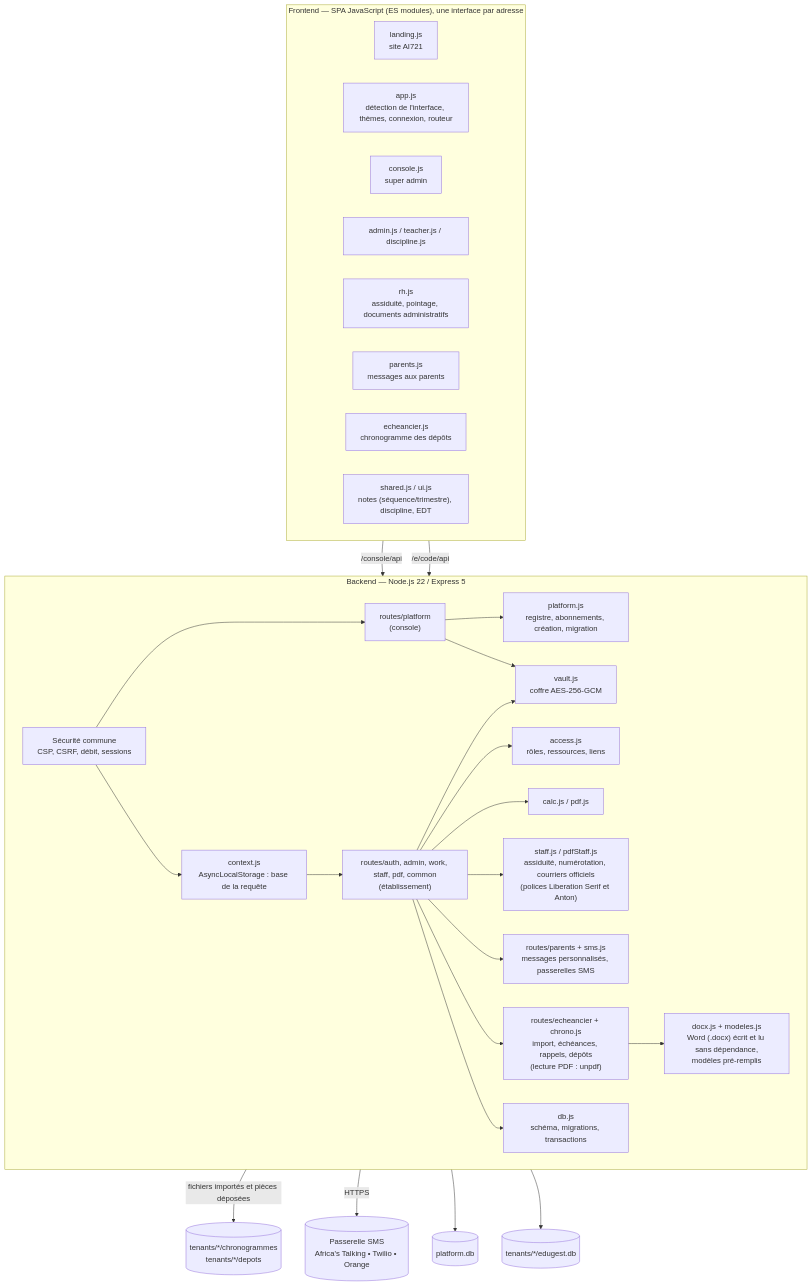
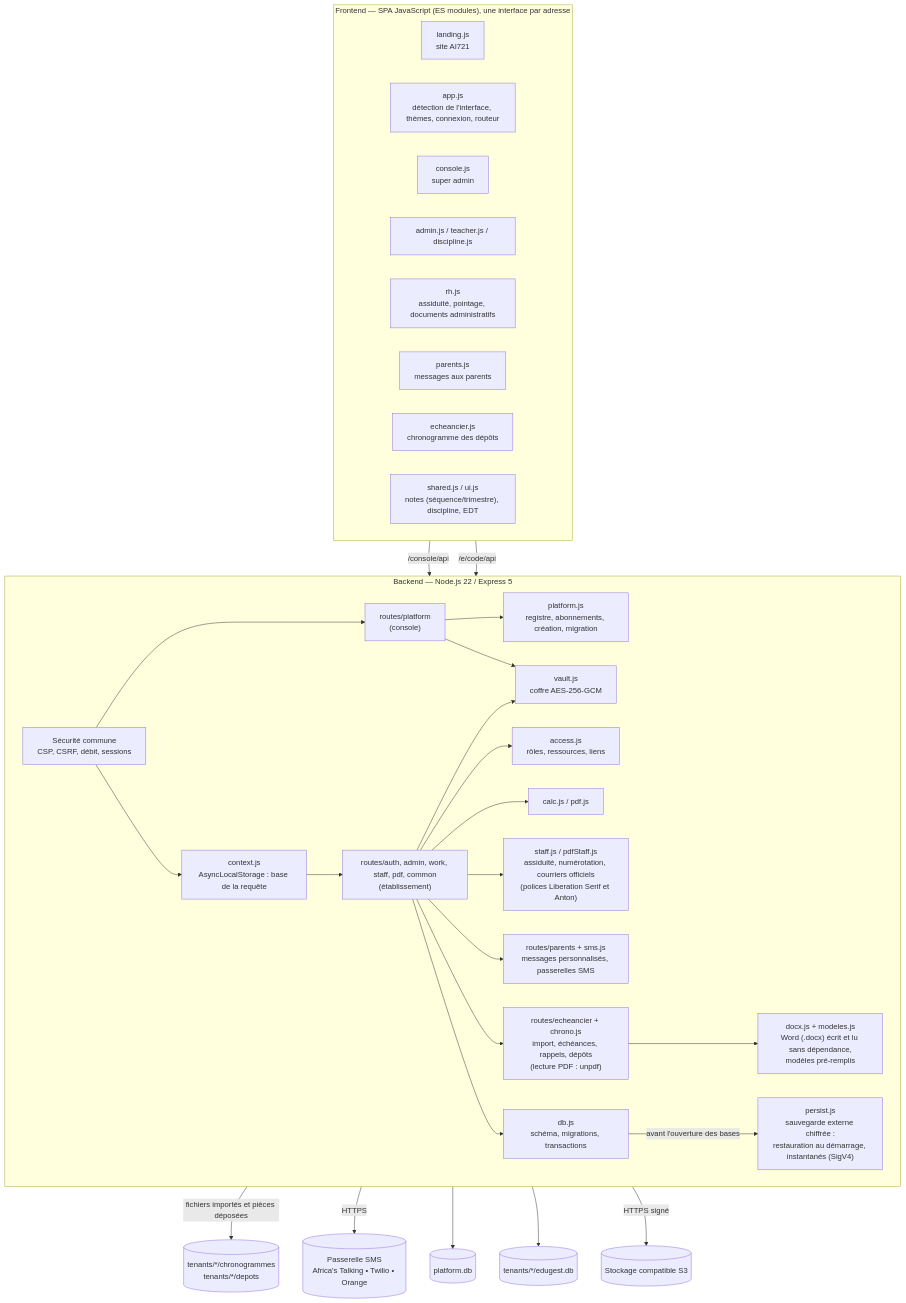
One commit to ANDJE30/MY_WORLD changed the diagram in docs/uml/10_architecture.mmd. Above: the diagram before and after it, drawn with Mermaid. The commit also changed 86 other files, not shown here.

```diff
--- a/docs/uml/10_architecture.mmd
+++ b/docs/uml/10_architecture.mmd
@@ -1,42 +1,45 @@
 flowchart TB
   subgraph FRONT["Frontend — SPA JavaScript (ES modules), une interface par adresse"]
     direction LR
     F0["landing.js<br/>site AI721"]
     F1["app.js<br/>détection de l'interface, thèmes, connexion, routeur"]
     F2["console.js<br/>super admin"]
     F3["admin.js / teacher.js / discipline.js"]
     F5["rh.js<br/>assiduité, pointage, documents administratifs"]
     F6["parents.js<br/>messages aux parents"]
     F7["echeancier.js<br/>chronogramme des dépôts"]
     F4["shared.js / ui.js<br/>notes (séquence/trimestre), discipline, EDT"]
   end
   subgraph BACK["Backend — Node.js 22 / Express 5"]
     direction LR
     M["Sécurité commune<br/>CSP, CSRF, débit, sessions"]
     PL["platform.js<br/>registre, abonnements, création, migration"]
     CX["context.js<br/>AsyncLocalStorage : base de la requête"]
     RC["routes/platform<br/>(console)"]
     RT["routes/auth, admin, work, staff, pdf, common<br/>(établissement)"]
     ST["staff.js / pdfStaff.js<br/>assiduité, numérotation, courriers officiels<br/>(polices Liberation Serif et Anton)"]
     SM["routes/parents + sms.js<br/>messages personnalisés, passerelles SMS"]
     EC["routes/echeancier + chrono.js<br/>import, échéances, rappels, dépôts<br/>(lecture PDF : unpdf)"]
     WD["docx.js + modeles.js<br/>Word (.docx) écrit et lu sans dépendance,<br/>modèles pré-remplis"]
     AC["access.js<br/>rôles, ressources, liens"]
     V["vault.js<br/>coffre AES-256-GCM"]
     C["calc.js / pdf.js"]
     D["db.js<br/>schéma, migrations, transactions"]
+    PS["persist.js<br/>sauvegarde externe chiffrée :<br/>restauration au démarrage, instantanés (SigV4)"]
   end
   PDB[("platform.db")]
   TDB[("tenants/*/edugest.db")]
   FRONT -- "/console/api" --> M
   FRONT -- "/e/code/api" --> M
   M --> RC & CX
   CX --> RT
   RC --> PL & V
   RT --> AC & C & V & ST & SM & EC
   EC --> WD
   EC -- "fichiers importés et pièces déposées" --> FS[("tenants/*/chronogrammes<br/>tenants/*/depots")]
   SM -- "HTTPS" --> GW[("Passerelle SMS<br/>Africa's Talking • Twilio • Orange")]
   PL --> PDB
   D --> TDB
   RT --> D
+  D -- "avant l'ouverture des bases" --> PS
+  PS -- "HTTPS signé" --> S3[("Stockage compatible S3")]
```
